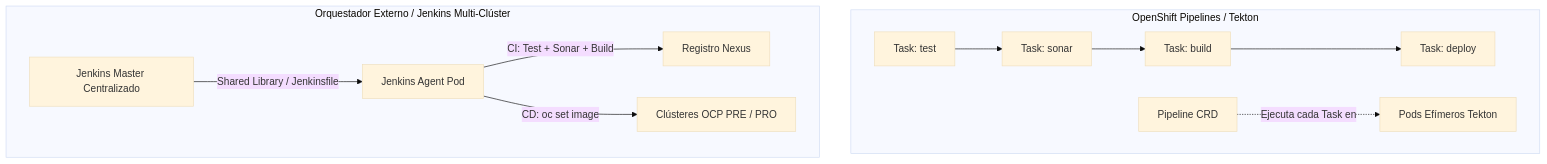
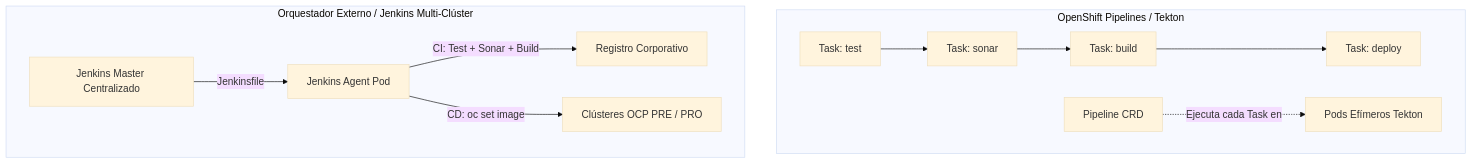
The fourth of 6 diagrams in docs/sesion4/4.7 Opciones de automatizacion.md (ieftraining/curso-openshift), drawn with Mermaid (base theme) before and after one commit. The commit also changed other lines of this file, not shown here.

````diff
--- a/docs/sesion4/4.7 Opciones de automatizacion.md
+++ b/docs/sesion4/4.7 Opciones de automatizacion.md
@@ -109,15 +109,15 @@
 ```mermaid
 flowchart TD
     subgraph OpenShift Pipelines / Tekton
         T_Task1[Task: test] --> T_Task2[Task: sonar]
         T_Task2 --> T_Task3[Task: build]
         T_Task3 --> T_Task4[Task: deploy]
         T_Pipeline[Pipeline CRD] -.->|Ejecuta cada Task en| PodEfim[Pods Efímeros Tekton]
     end
 
     subgraph Orquestador Externo / Jenkins Multi-Clúster
-        J_Master[Jenkins Master Centralizado] -->|Shared Library / Jenkinsfile| J_Agent[Jenkins Agent Pod]
-        J_Agent -->|CI: Test + Sonar + Build| Nexus[Registro Nexus]
+        J_Master[Jenkins Master Centralizado] -->|Jenkinsfile| J_Agent[Jenkins Agent Pod]
+        J_Agent -->|CI: Test + Sonar + Build| Nexus[Registro Corporativo]
         J_Agent -->|CD: oc set image| OCP_PRE_PRO[Clústeres OCP PRE / PRO]
     end
 ```
````
